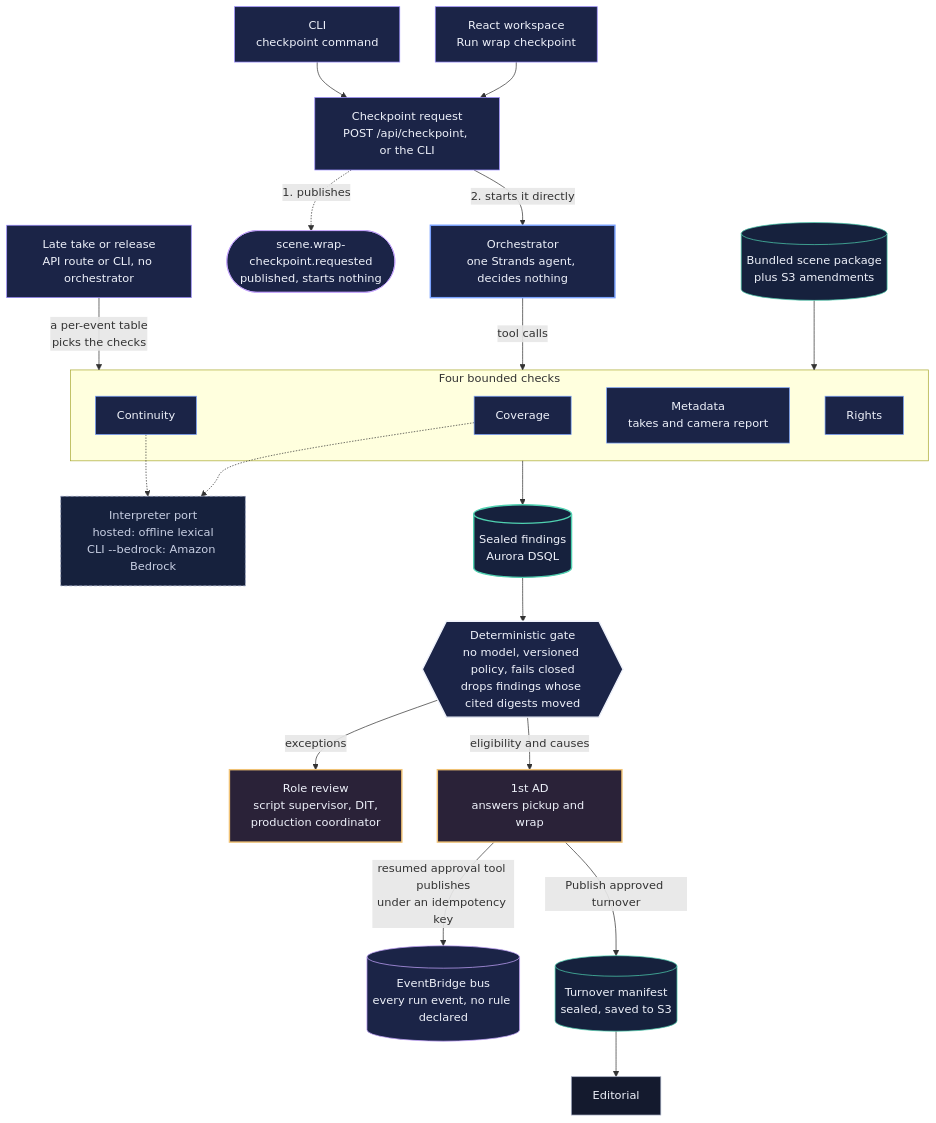
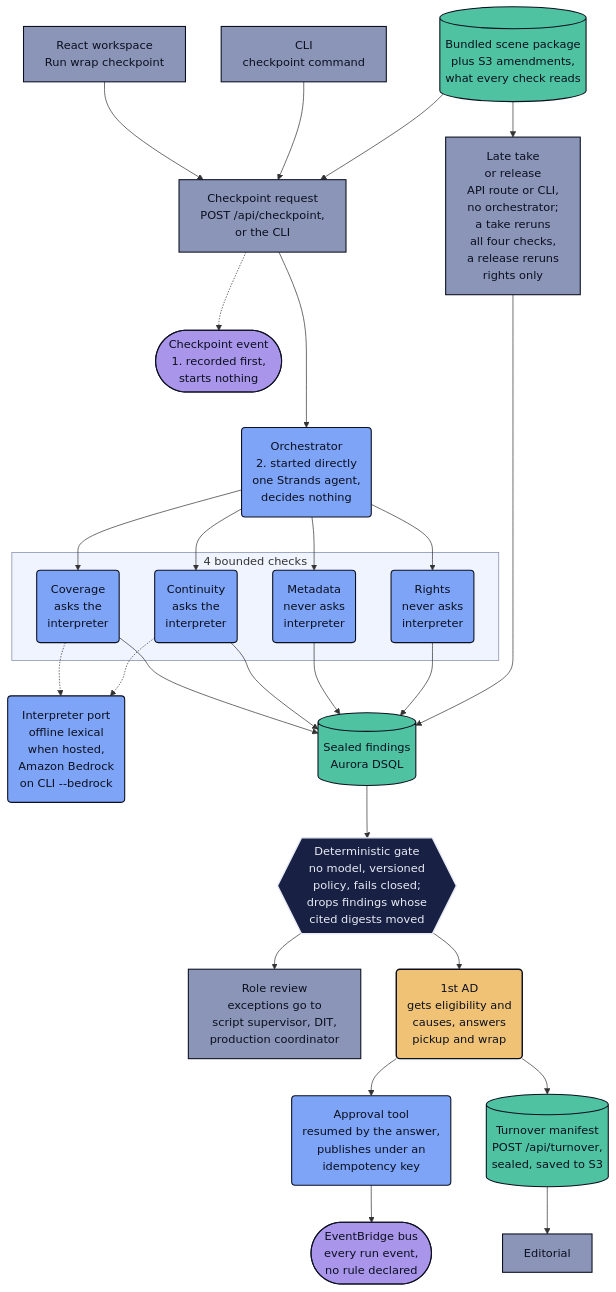
Before and after one commit to upgradedev/lasttake-aws: the diagram in docs/how-it-works.md, drawn with Mermaid. The commit also changed other lines of this file and 6 other files, not shown here.

````diff
--- a/docs/how-it-works.md
+++ b/docs/how-it-works.md
@@ -9,76 +9,69 @@
 ```mermaid
 flowchart TB
     WS["React workspace<br/>Run wrap checkpoint"]
     CLI["CLI<br/>checkpoint command"]
-    REQ["Checkpoint request<br/>POST /api/checkpoint, or the CLI"]
-    ORCH["Orchestrator<br/>one Strands agent, decides nothing"]
-    EV(["scene.wrap-checkpoint.requested<br/>published, starts nothing"])
-
+    PKG[("Bundled scene package<br/>plus S3 amendments,<br/>what every check reads")]
+    REQ["Checkpoint request<br/>POST /api/checkpoint,<br/>or the CLI"]
+    LATE["Late take<br/>or release<br/>API route or CLI,<br/>no orchestrator;<br/>a take reruns<br/>all four checks,<br/>a release reruns<br/>rights only"]
+    EV(["Checkpoint event<br/>1. recorded first,<br/>starts nothing"])
+    ORCH("Orchestrator<br/>2. started directly<br/>one Strands agent,<br/>decides nothing")
+    subgraph checks["4 bounded checks"]
+        COV("Coverage<br/>asks the<br/>interpreter")
+        CON("Continuity<br/>asks the<br/>interpreter")
+        MET("Metadata<br/>never asks<br/>interpreter")
+        RIG("Rights<br/>never asks<br/>interpreter")
+    end
+    INT("Interpreter port<br/>offline lexical<br/>when hosted,<br/>Amazon Bedrock<br/>on CLI --bedrock")
+    FIND[("Sealed findings<br/>Aurora DSQL")]
+    GATE{{"Deterministic gate<br/>no model, versioned<br/>policy, fails closed;<br/>drops findings whose<br/>cited digests moved"}}
+    REV["Role review<br/>exceptions go to<br/>script supervisor, DIT,<br/>production coordinator"]
+    AD("1st AD<br/>gets eligibility and<br/>causes, answers<br/>pickup and wrap")
+    APR("Approval tool<br/>resumed by the answer,<br/>publishes under an<br/>idempotency key")
+    BUS(["EventBridge bus<br/>every run event,<br/>no rule declared"])
+    TURN[("Turnover manifest<br/>POST /api/turnover,<br/>sealed, saved to S3")]
+    ED["Editorial"]
     WS --> REQ
     CLI --> REQ
-    REQ -->|"2. starts it directly"| ORCH
-    REQ -.->|"1. publishes"| EV
-
-    subgraph checks["Four bounded checks"]
-        COV["Coverage"]
-        CON["Continuity"]
-        MET["Metadata<br/>takes and camera report"]
-        RIG["Rights"]
-    end
-
-    PKG[("Bundled scene package<br/>plus S3 amendments")]
-    LATE["Late take or release<br/>API route or CLI, no orchestrator"]
-    PKG --> checks
-    ORCH -->|"tool calls"| checks
-    LATE -->|"a per-event table<br/>picks the checks"| checks
-
-    INT["Interpreter port<br/>hosted: offline lexical<br/>CLI --bedrock: Amazon Bedrock"]
-    FIND[("Sealed findings<br/>Aurora DSQL")]
+    PKG --> REQ
+    PKG --> LATE
+    REQ -.-> EV
+    REQ ---> ORCH
+    ORCH --> COV
+    ORCH --> CON
+    ORCH --> MET
+    ORCH --> RIG
     COV -.-> INT
     CON -.-> INT
-    checks --> FIND
-
-    GATE{{"Deterministic gate<br/>no model, versioned policy, fails closed<br/>drops findings whose cited digests moved"}}
+    COV --> FIND
+    CON --> FIND
+    MET --> FIND
+    RIG --> FIND
+    LATE -----> FIND
     FIND --> GATE
-
-    REV["Role review<br/>script supervisor, DIT,<br/>production coordinator"]
-    AD["1st AD<br/>answers pickup and wrap"]
-    GATE -->|"exceptions"| REV
-    GATE -->|"eligibility and causes"| AD
-
-    BUS[("EventBridge bus<br/>every run event, no rule declared")]
-    TURN[("Turnover manifest<br/>sealed, saved to S3")]
-    ED["Editorial"]
-    AD -->|"resumed approval tool publishes<br/>under an idempotency key"| BUS
-    AD -->|"Publish approved turnover"| TURN
+    GATE --> REV
+    GATE --> AD
+    AD --> APR
+    APR --> BUS
+    AD --> TURN
     TURN --> ED
 
-    class WS,CLI,LATE surface
-    class REQ edge
-    class EV event
-    class ORCH compute
-    class PKG storage
-    class COV,CON,MET,RIG check
-    class INT interpreter
-    class FIND store
-    class GATE gate
-    class REV,AD human
-    class BUS integration
-    class TURN turnover
-    class ED actor
-
-    %% palette: placeholder
-    classDef actor fill:#141a2e,stroke:#aab2c8,color:#eef1fa
-    classDef surface fill:#1b2447,stroke:#9b8cff,color:#eef1fa
-    classDef event fill:#1b2447,stroke:#c7a6ff,color:#eef1fa
-    classDef check fill:#1b2447,stroke:#7aa2ff,color:#eef1fa
-    classDef interpreter fill:#16213d,stroke:#8b96b8,stroke-dasharray:4 3,color:#c8cfe3
-    classDef gate fill:#1b2447,stroke:#eef1fa,stroke-width:2px,color:#eef1fa
-    classDef human fill:#2a2238,stroke:#f0c275,stroke-width:2px,color:#eef1fa
-    classDef store fill:#16213d,stroke:#4fd1b0,stroke-width:2px,color:#eef1fa
-    classDef storage fill:#16213d,stroke:#4fd1b0,color:#eef1fa
-    classDef integration fill:#1b2447,stroke:#c7a6ff,color:#eef1fa
-    classDef turnover fill:#16213d,stroke:#4fd1b0,color:#eef1fa
-    classDef edge fill:#1b2447,stroke:#9b8cff,color:#eef1fa
-    classDef compute fill:#1b2447,stroke:#7aa2ff,stroke-width:2px,color:#eef1fa
+    %% LastTake palette: role colour fill, navy ink pinned, so node text reads the same in GitHub light and dark
+    classDef surface fill:#8b95b8,stroke:#0b0f1e,stroke-width:1.5px,color:#0b0f1e
+    classDef agent fill:#7ea4f7,stroke:#0b0f1e,stroke-width:1.5px,color:#0b0f1e
+    classDef store fill:#4fc3a1,stroke:#0b0f1e,stroke-width:1.5px,color:#0b0f1e
+    classDef event fill:#a996ea,stroke:#0b0f1e,stroke-width:1.5px,color:#0b0f1e
+    classDef rule fill:#182043,stroke:#e8ebf5,stroke-width:2px,color:#e8ebf5
+    classDef optional fill:#182043,stroke:#7ea4f7,stroke-width:1.5px,stroke-dasharray:5 4,color:#aab2c8
+    %% human is reserved for a human decision node; here that is only the 1st AD
+    classDef human fill:#f0c275,stroke:#0b0f1e,stroke-width:2px,color:#0b0f1e
+    classDef laneFront fill:#8b95b81f,stroke:#7d88aa,stroke-width:1px
+    classDef laneBack fill:#7ea4f71f,stroke:#7d88aa,stroke-width:1px
+    classDef laneCi fill:#7d88aa1a,stroke:#7d88aa,stroke-width:1px,stroke-dasharray:6 4
+    class WS,CLI,REQ,LATE,REV,ED surface
+    class ORCH,COV,CON,MET,RIG,INT,APR agent
+    class PKG,FIND,TURN store
+    class EV,BUS event
+    class GATE rule
+    class AD human
+    class checks laneBack
 ```
````
